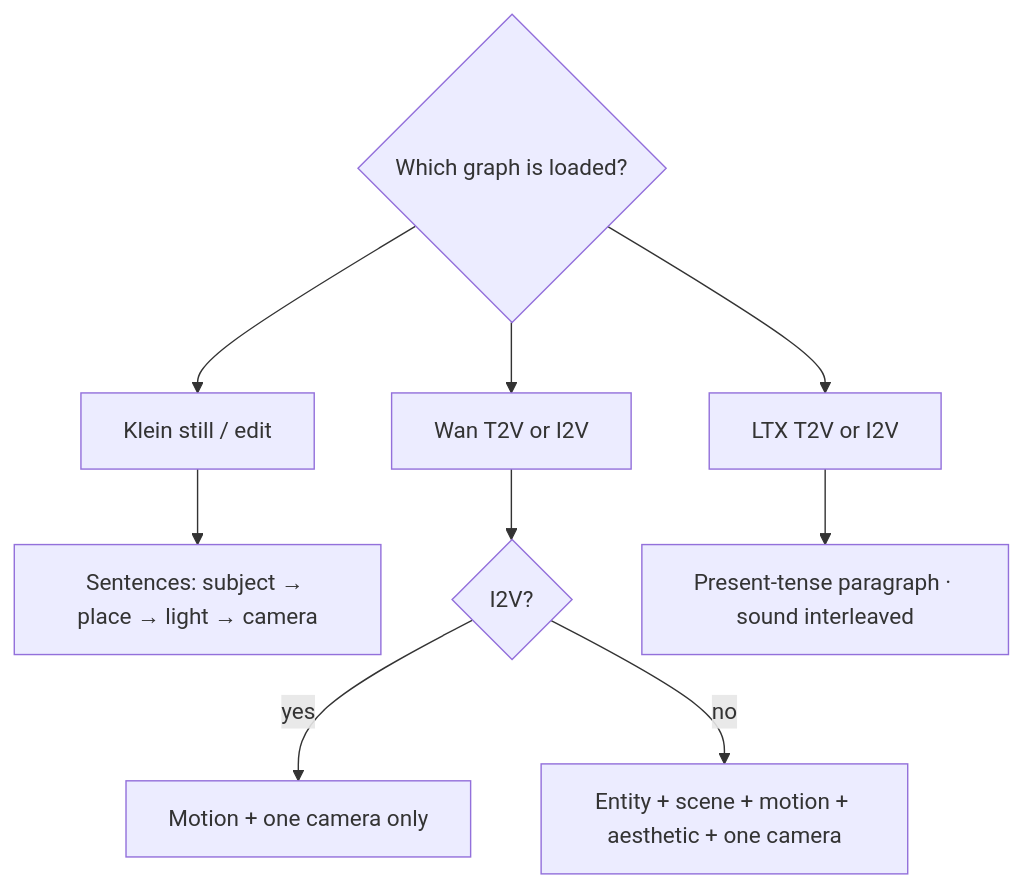
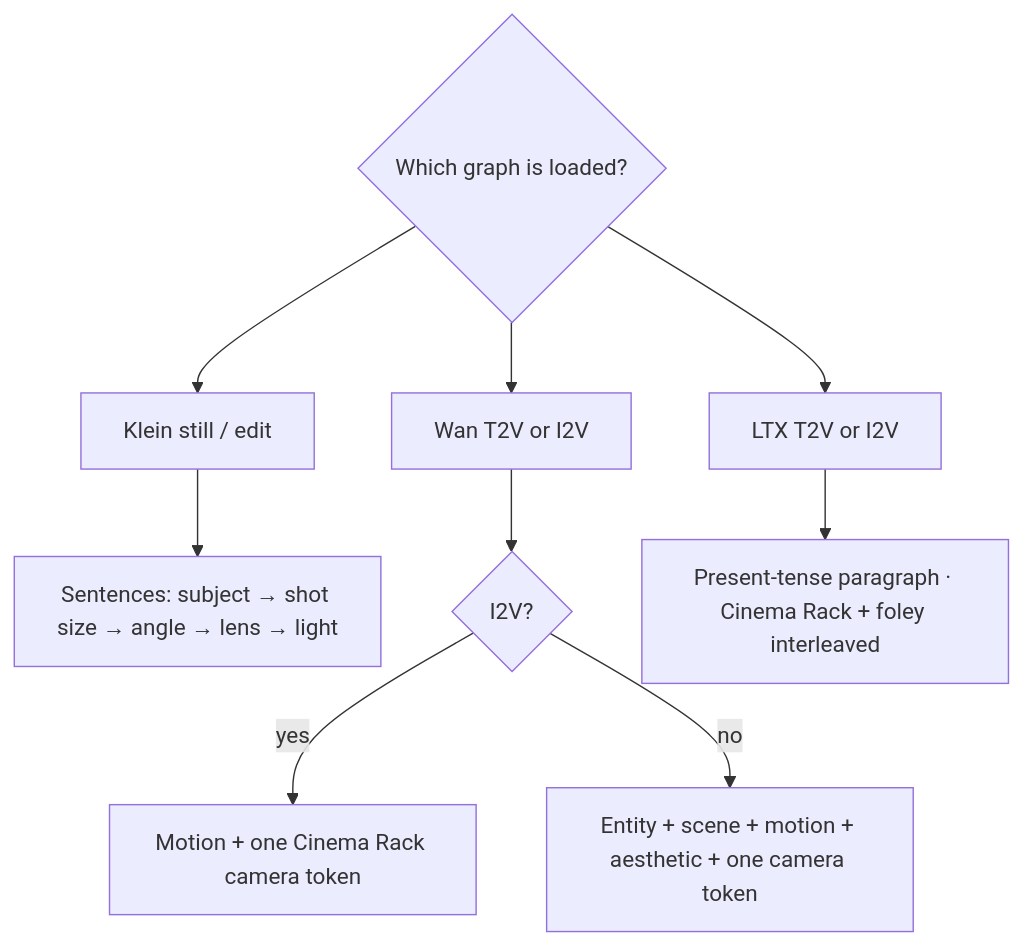
The first of 2 diagrams in docs/prompting.md (toxicoder/ez-comfy-stack), drawn with Mermaid before and after one commit. The commit also changed other lines of this file and 139 other files, not shown here.

First line of the commit message:
feat: use Cinema Rack language in prompts and enhance

````diff
--- a/docs/prompting.md
+++ b/docs/prompting.md
@@ -33,11 +33,11 @@
 ```mermaid
 flowchart TB
   Which{"Which graph is loaded?"} --> K["Klein still / edit"]
   Which --> W["Wan T2V or I2V"]
   Which --> L["LTX T2V or I2V"]
-  K --> Kp["Sentences: subject → place → light → camera"]
+  K --> Kp["Sentences: subject → shot size → angle → lens → light"]
   W --> Wp{"I2V?"}
-  Wp -->|yes| Wi["Motion + one camera only"]
-  Wp -->|no| Wt["Entity + scene + motion + aesthetic + one camera"]
-  L --> Lp["Present-tense paragraph · sound interleaved"]
+  Wp -->|yes| Wi["Motion + one Cinema Rack camera token"]
+  Wp -->|no| Wt["Entity + scene + motion + aesthetic + one camera token"]
+  L --> Lp["Present-tense paragraph · Cinema Rack + foley interleaved"]
 ```
````
